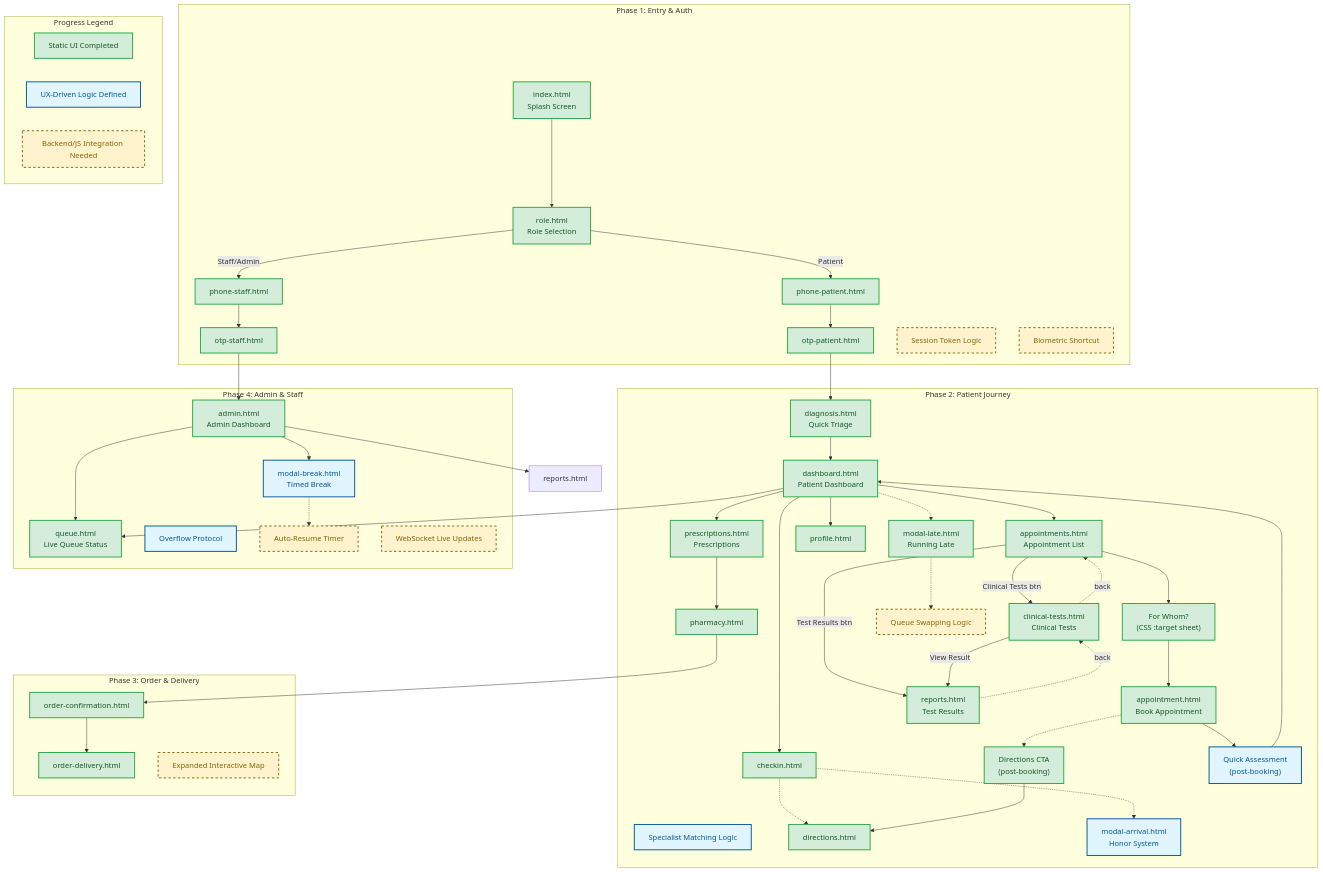
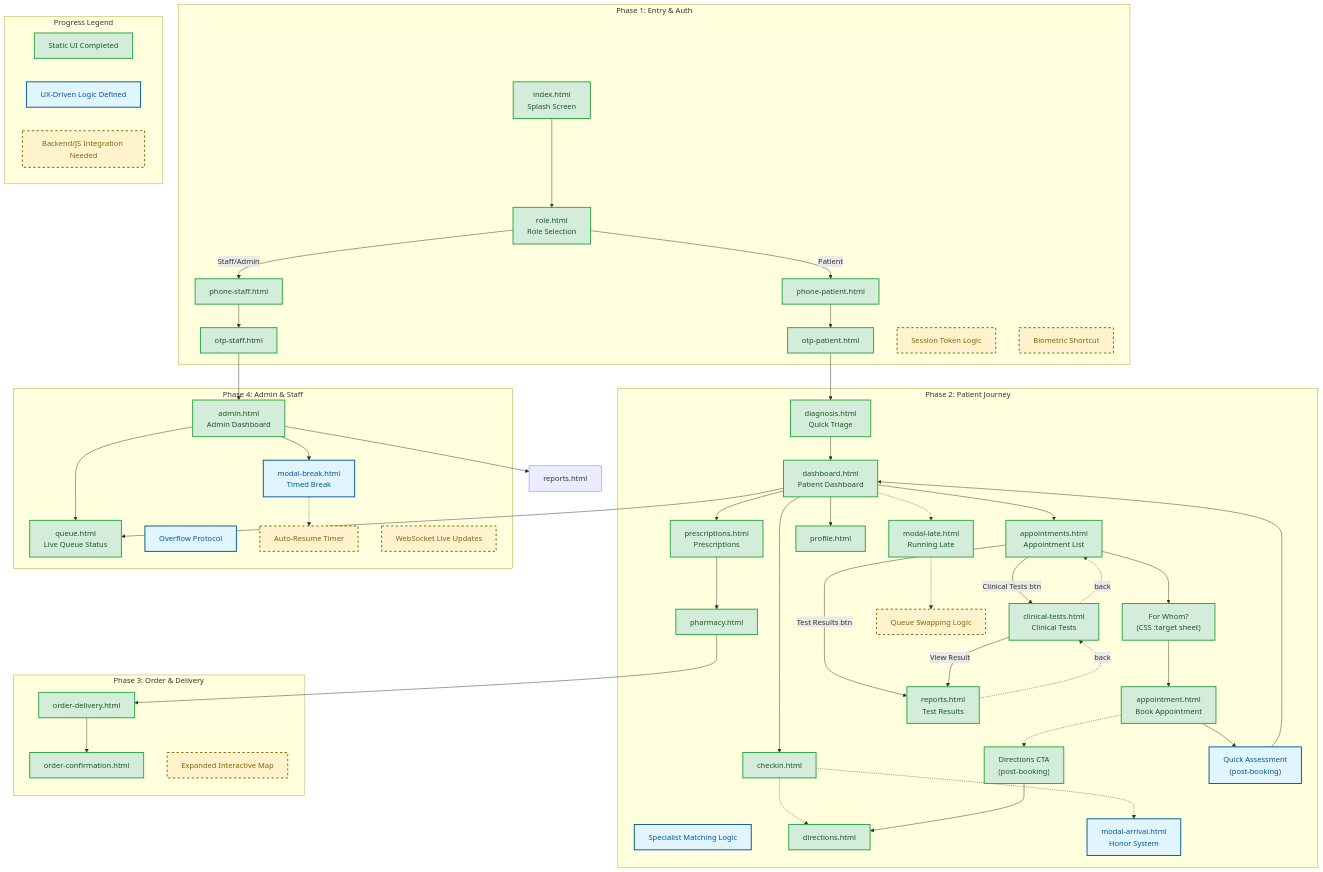
Before and after one commit to adithyaekanayaka/adithyaekanayaka.github.io: the diagram in ARCHITECTURE.md, drawn with Mermaid. The commit also changed 2 other files, not shown here.

Commit message:
feat: Update pharmacy navigation flow and enhance delivery method selection

```diff
--- a/ARCHITECTURE.md
+++ b/ARCHITECTURE.md
@@ -88,7 +88,7 @@
     Dash -.-> Late
     Late -.-> SwapLogic
     
-    Pharm --> Confirm --> Delivery
+    Pharm --> Delivery --> Confirm
     
     AdminD --> Queue & Break & StaffReports[reports.html]
     Break -.-> AutoResume
```
